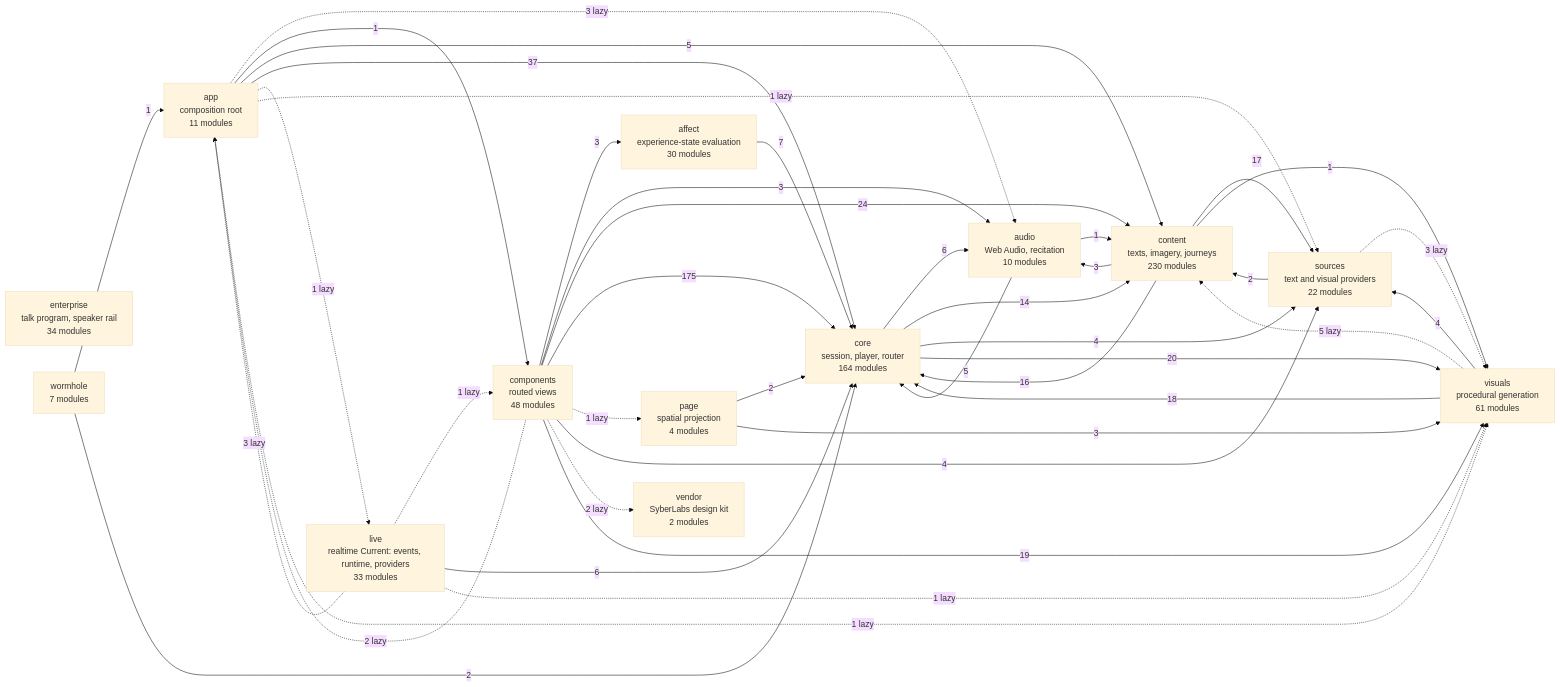
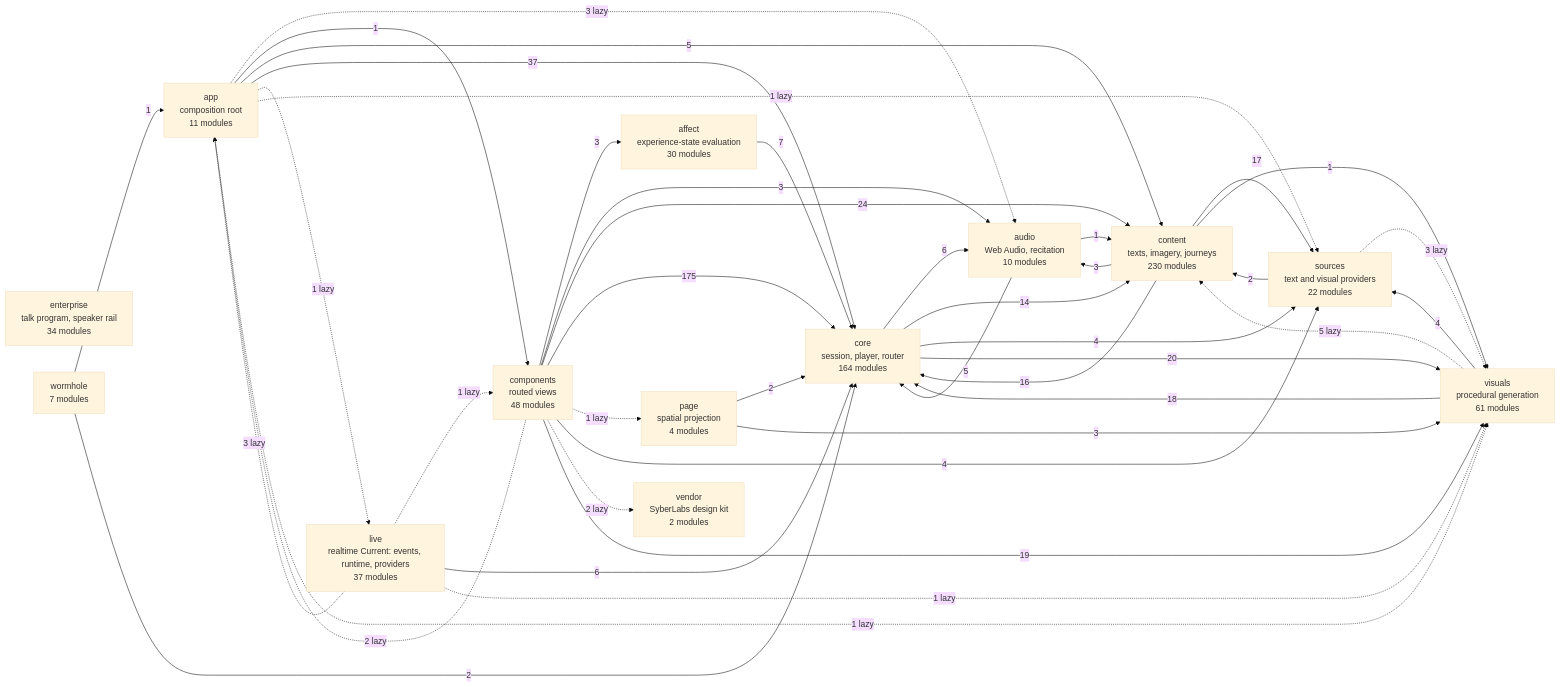
Before and after one commit to SyberLabs/RISE: the diagram in docs/specs/ARCHITECTURE.md, drawn with Mermaid (base theme). The commit also changed other lines of this file and 2 other files, not shown here.

Commit message:
Gemini: the design record's verification, the plan's status row, and the architecture decision

````diff
--- a/docs/specs/ARCHITECTURE.md
+++ b/docs/specs/ARCHITECTURE.md
@@ -160,57 +160,57 @@
 ```mermaid
 flowchart LR
     affect["affect<br/>experience-state evaluation<br/>30 modules"]
     app["app<br/>composition root<br/>11 modules"]
     audio["audio<br/>Web Audio, recitation<br/>10 modules"]
     components["components<br/>routed views<br/>48 modules"]
     content["content<br/>texts, imagery, journeys<br/>230 modules"]
     core["core<br/>session, player, router<br/>164 modules"]
     enterprise["enterprise<br/>talk program, speaker rail<br/>34 modules"]
-    live["live<br/>realtime Current: events, runtime, providers<br/>33 modules"]
+    live["live<br/>realtime Current: events, runtime, providers<br/>37 modules"]
     page["page<br/>spatial projection<br/>4 modules"]
     sources["sources<br/>text and visual providers<br/>22 modules"]
     vendor["vendor<br/>SyberLabs design kit<br/>2 modules"]
     visuals["visuals<br/>procedural generation<br/>61 modules"]
     wormhole["wormhole<br/>7 modules"]
 
     affect --> |7| core
     app -.-> |3 lazy| audio
     app --> |1| components
     app --> |5| content
     app --> |37| core
     app -.-> |1 lazy| live
     app -.-> |1 lazy| sources
     app -.-> |1 lazy| visuals
     audio --> |1| content
     audio --> |5| core
     components --> |3| affect
     components -.-> |2 lazy| app
     components --> |3| audio
     components --> |24| content
     components --> |175| core
     components -.-> |1 lazy| page
     components --> |4| sources
     components -.-> |2 lazy| vendor
     components --> |19| visuals
     content --> |3| audio
     content --> |16| core
     content --> |17| sources
     content --> |1| visuals
     core --> |6| audio
     core --> |14| content
     core --> |4| sources
     core --> |20| visuals
     live -.-> |3 lazy| app
     live -.-> |1 lazy| components
     live --> |6| core
     live -.-> |1 lazy| visuals
     page --> |2| core
     page --> |3| visuals
     sources --> |2| content
     sources -.-> |3 lazy| visuals
     visuals -.-> |5 lazy| content
     visuals --> |18| core
     visuals --> |4| sources
     wormhole --> |1| app
     wormhole --> |2| core
 ```
````
